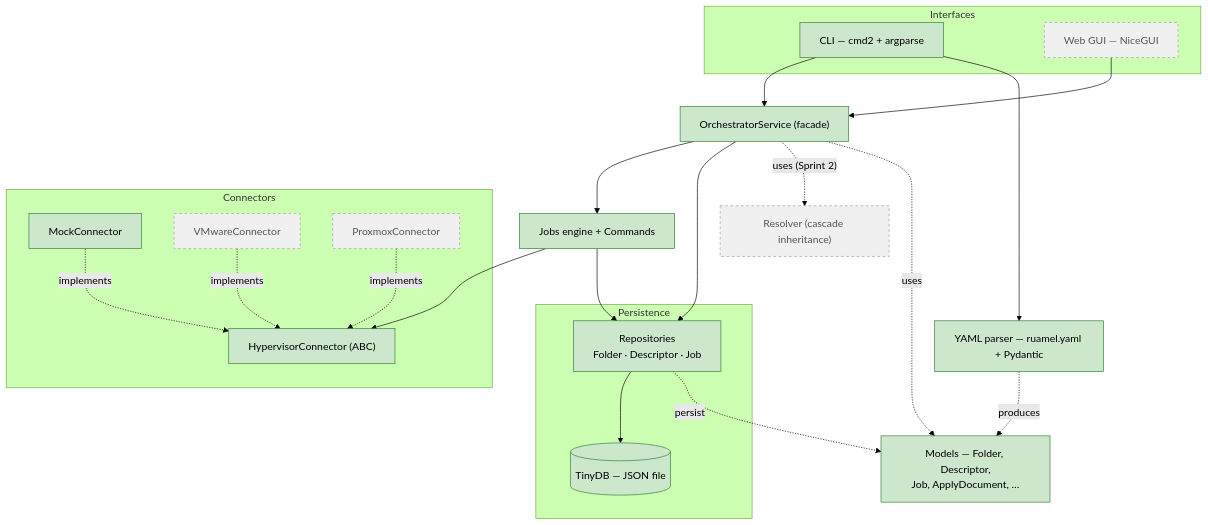
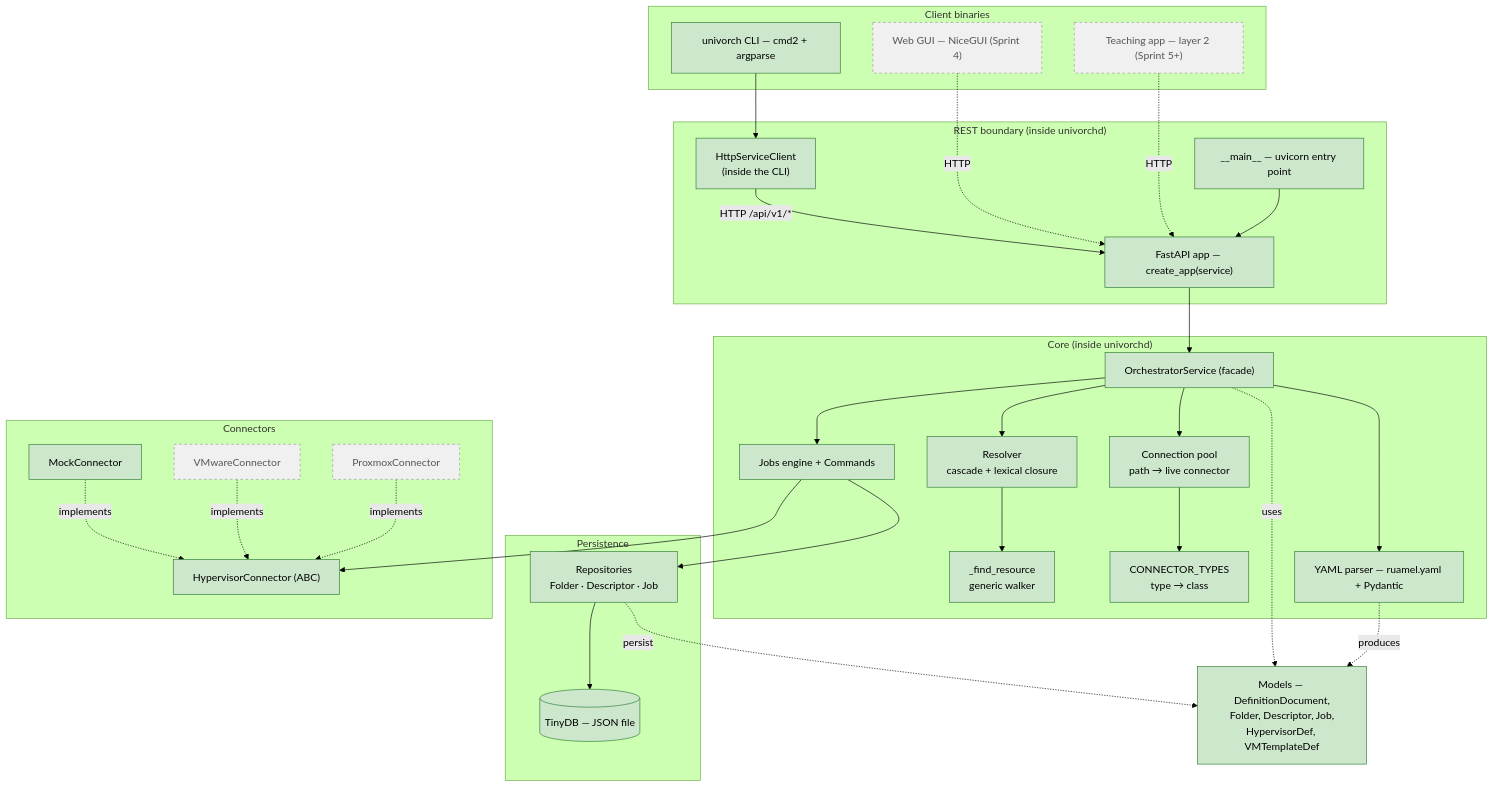
One commit to clamaveruma/univorch changed the fourth of 6 diagrams in docs/diagrams.md. Above: the diagram before and after it, drawn with Mermaid (forest theme). The commit also changed other lines of this file and 14 other files, not shown here.

First line of the commit message:
docs/memoria: integrar 9 diagramas Mermaid en el capitulo 4

````diff
--- a/docs/diagrams.md
+++ b/docs/diagrams.md
@@ -144,45 +160,63 @@
 ```mermaid
 flowchart TD
-    subgraph Interfaces
-        CLI["CLI — cmd2 + argparse"]:::done
-        Web["Web GUI — NiceGUI"]:::pending
+    subgraph Clients["Client binaries"]
+        CLI["univorch CLI — cmd2 + argparse"]:::done
+        Web["Web GUI — NiceGUI (Sprint 4)"]:::pending
+        TA["Teaching app — layer 2 (Sprint 5+)"]:::pending
     end
 
-    Service["OrchestratorService (facade)"]:::done
-    Parser["YAML parser — ruamel.yaml + Pydantic"]:::done
-    Jobs["Jobs engine + Commands"]:::done
+    subgraph RESTLayer["REST boundary (inside univorchd)"]
+        Http["HttpServiceClient<br/>(inside the CLI)"]:::done
+        App["FastAPI app — create_app(service)"]:::done
+        Main["__main__ — uvicorn entry point"]:::done
+    end
+
+    subgraph Core["Core (inside univorchd)"]
+        Service["OrchestratorService (facade)"]:::done
+        Resolver["Resolver<br/>cascade + lexical closure"]:::done
+        Walker["_find_resource<br/>generic walker"]:::done
+        Pool["Connection pool<br/>path → live connector"]:::done
+        Registry["CONNECTOR_TYPES<br/>type → class"]:::done
+        Parser["YAML parser — ruamel.yaml + Pydantic"]:::done
+        Jobs["Jobs engine + Commands"]:::done
+    end
 
     subgraph Persistence
         Repos["Repositories<br/>Folder · Descriptor · Job"]:::done
         DB[("TinyDB — JSON file")]:::done
     end
 
     subgraph Connectors
         ABC["HypervisorConnector (ABC)"]:::done
         Mock["MockConnector"]:::done
         VMware["VMwareConnector"]:::pending
         Proxmox["ProxmoxConnector"]:::pending
     end
 
-    Models["Models — Folder, Descriptor,<br/>Job, ApplyDocument, …"]:::done
-    Resolver["Resolver (cascade inheritance)"]:::pending
+    Models["Models — DefinitionDocument,<br/>Folder, Descriptor, Job,<br/>HypervisorDef, VMTemplateDef"]:::done
 
-    CLI --> Service
-    Web --> Service
-    CLI --> Parser
+    CLI --> Http
+    Http -->|HTTP /api/v1/*| App
+    Web -.HTTP.-> App
+    TA -.HTTP.-> App
+    App --> Service
+    Main --> App
+    Service --> Resolver
     Service --> Jobs
-    Service --> Repos
-    Service -.uses (Sprint 2).-> Resolver
+    Service --> Pool
+    Resolver --> Walker
+    Pool --> Registry
+    Service --> Parser
     Jobs --> ABC
     Jobs --> Repos
     Repos --> DB
     Mock -.implements.-> ABC
     VMware -.implements.-> ABC
     Proxmox -.implements.-> ABC
     Service -.uses.-> Models
     Parser -.produces.-> Models
     Repos -.persist.-> Models
 
     classDef done fill:#cde7cd,stroke:#2e7d32,color:#000;
     classDef pending fill:#f0f0f0,stroke:#999,stroke-dasharray:4 4,color:#555;
 ```
````
